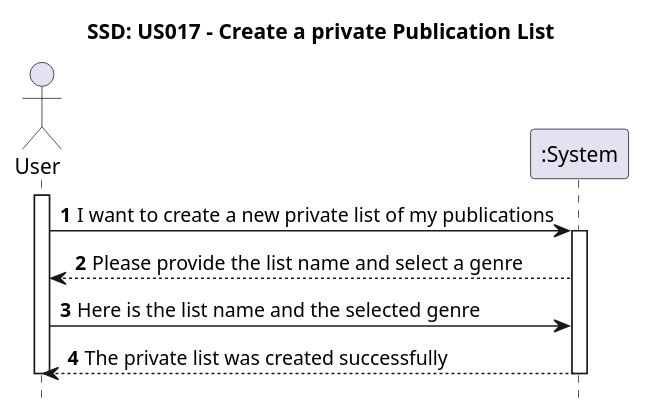
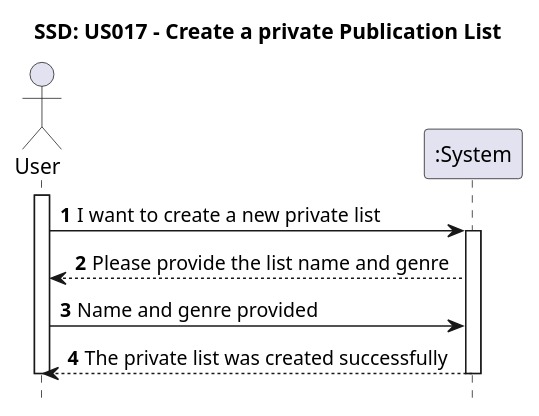
The diagram in Diagrams/SequenceDiagrams/N1/US017-to-create-private-publications-list.puml (AndrePereiraGitH/SWitCH-Project-Team_A), drawn with PlantUML before and after one commit. The commit also changed 5 other files, not shown here.

Commit message:
#88 #89 and #92 #94: update SSD (N1), sequence (N2) and class diagrams

```diff
--- a/Diagrams/SequenceDiagrams/N1/US017-to-create-private-publications-list.puml
+++ b/Diagrams/SequenceDiagrams/N1/US017-to-create-private-publications-list.puml
@@ -1,25 +1,25 @@
 @startuml
 
 autonumber
 hide footbox
 
 title SSD: US017 - Create a private Publication List
 
 actor "User" as User
 participant ":System" as System
 
 activate User
 
-User -> System : I want to create a new private list of my publications
+User -> System : I want to create a new private list
 activate System
 
-System --> User : Please provide the list name and select a genre
+System --> User : Please provide the list name and genre
 
-User -> System : Here is the list name and the selected genre
+User -> System : Name and genre provided
 
 System --> User : The private list was created successfully
 
 deactivate System
 deactivate User
 
 @enduml
```
